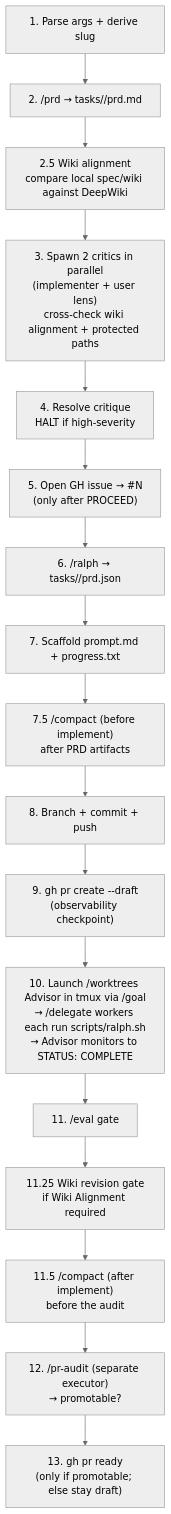
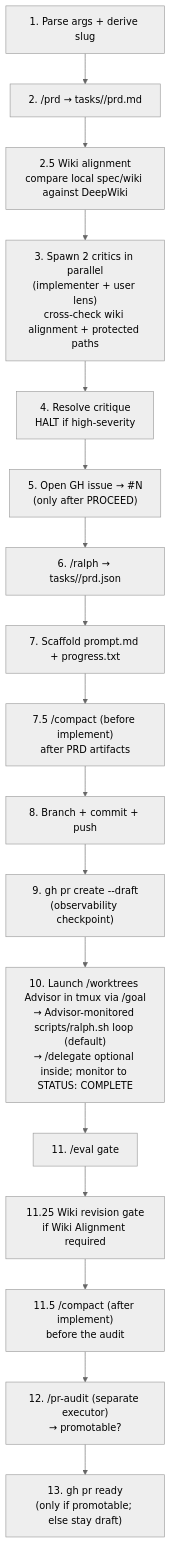
Before and after one commit to mifunedev/openharness: the diagram in .mifune/skills/ship-spec/SKILL.md, drawn with Mermaid (neutral theme). The commit also changed other lines of this file and 9 other files, not shown here.

First line of the commit message:
feat: default the Advisor-managed build executor to ralph (/delegate nested, not on top) (#338)

````diff
--- a/.mifune/skills/ship-spec/SKILL.md
+++ b/.mifune/skills/ship-spec/SKILL.md
@@ -23,19 +23,19 @@
 ```mermaid
 flowchart TD
     A["1. Parse args + derive slug"] --> B["2. /prd → tasks/<slug>/prd.md"]
     B --> W["2.5 Wiki alignment<br/>compare local spec/wiki against DeepWiki"]
     W --> D["3. Spawn 2 critics in parallel<br/>(implementer + user lens)<br/>cross-check wiki alignment + protected paths"]
     D --> E["4. Resolve critique<br/>HALT if high-severity"]
     E --> C["5. Open GH issue → #N<br/>(only after PROCEED)"]
     C --> F["6. /ralph → tasks/<slug>/prd.json"]
     F --> G["7. Scaffold prompt.md + progress.txt"]
     G --> G2["7.5 /compact (before implement)<br/>after PRD artifacts"]
     G2 --> H["8. Branch + commit + push"]
     H --> I["9. gh pr create --draft<br/>(observability checkpoint)"]
-    I --> J["10. Launch /worktrees Advisor in tmux via /goal<br/>→ /delegate workers each run scripts/ralph.sh<br/>→ Advisor monitors to STATUS: COMPLETE"]
+    I --> J["10. Launch /worktrees Advisor in tmux via /goal<br/>→ Advisor-monitored scripts/ralph.sh loop (default)<br/>→ /delegate optional inside; monitor to STATUS: COMPLETE"]
     J --> K["11. /eval gate"]
     K --> W2["11.25 Wiki revision gate<br/>if Wiki Alignment required"]
     W2 --> K2["11.5 /compact (after implement)<br/>before the audit"]
     K2 --> L["12. /pr-audit (separate executor)<br/>→ promotable?"]
     L --> M["13. gh pr ready<br/>(only if promotable; else stay draft)"]
 ```
````
